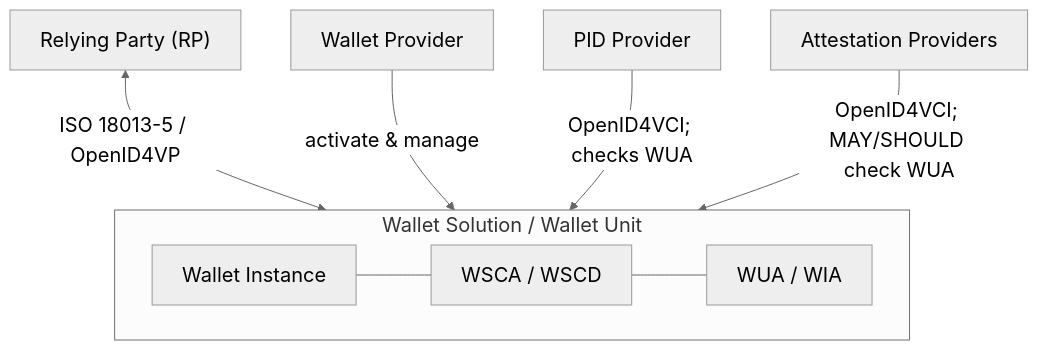
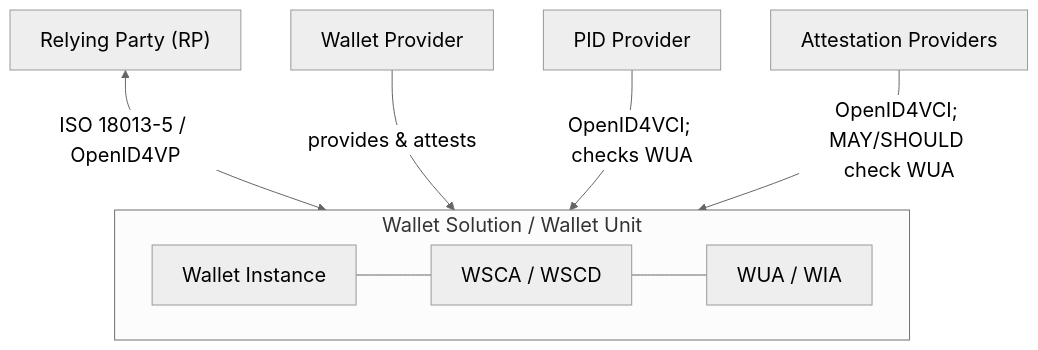
Before and after one commit to peppelinux/Wallet-Presentations: the diagram in trust-management-eudi-wallet/diagrams/d02-wallet-unit.mmd, drawn with Mermaid. The commit also changed 2 other files, not shown here.

```diff
--- a/trust-management-eudi-wallet/diagrams/d02-wallet-unit.mmd
+++ b/trust-management-eudi-wallet/diagrams/d02-wallet-unit.mmd
@@ -1,16 +1,16 @@
 %%{init: {'theme': 'neutral', 'themeVariables': { 'fontSize': '20px'}}}%%
 flowchart TB
   RPI["Relying Party (RP)"]
 
   subgraph WS["Wallet Solution / Wallet Unit"]
     direction LR
     WI[Wallet Instance]
     WSC[WSCA / WSCD]
     WUA[WUA / WIA]
     WI --- WSC --- WUA
   end
 
   RPI <-->|ISO 18013-5 / OpenID4VP| WS
-  WProv[Wallet Provider] -->|activate & manage| WS
+  WProv[Wallet Provider] -->|provides & attests| WS
   PID[PID Provider] -->|OpenID4VCI; checks WUA| WS
   ATT[Attestation Providers] -->|OpenID4VCI; MAY/SHOULD check WUA| WS
```
